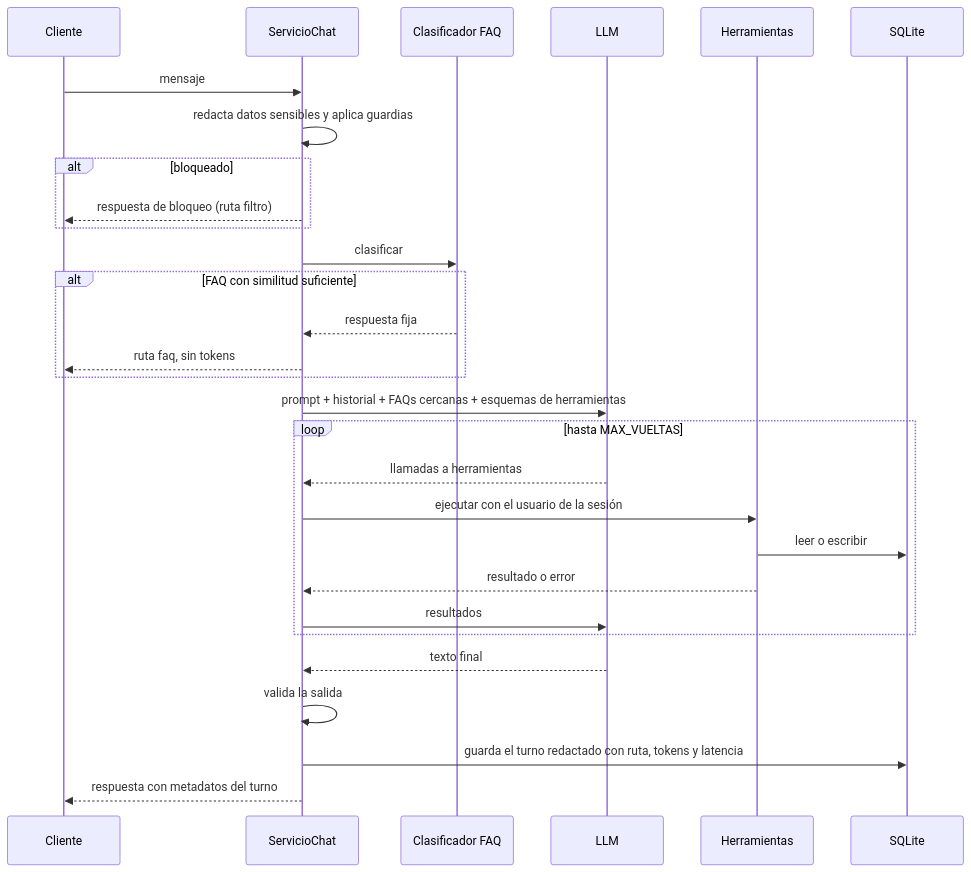
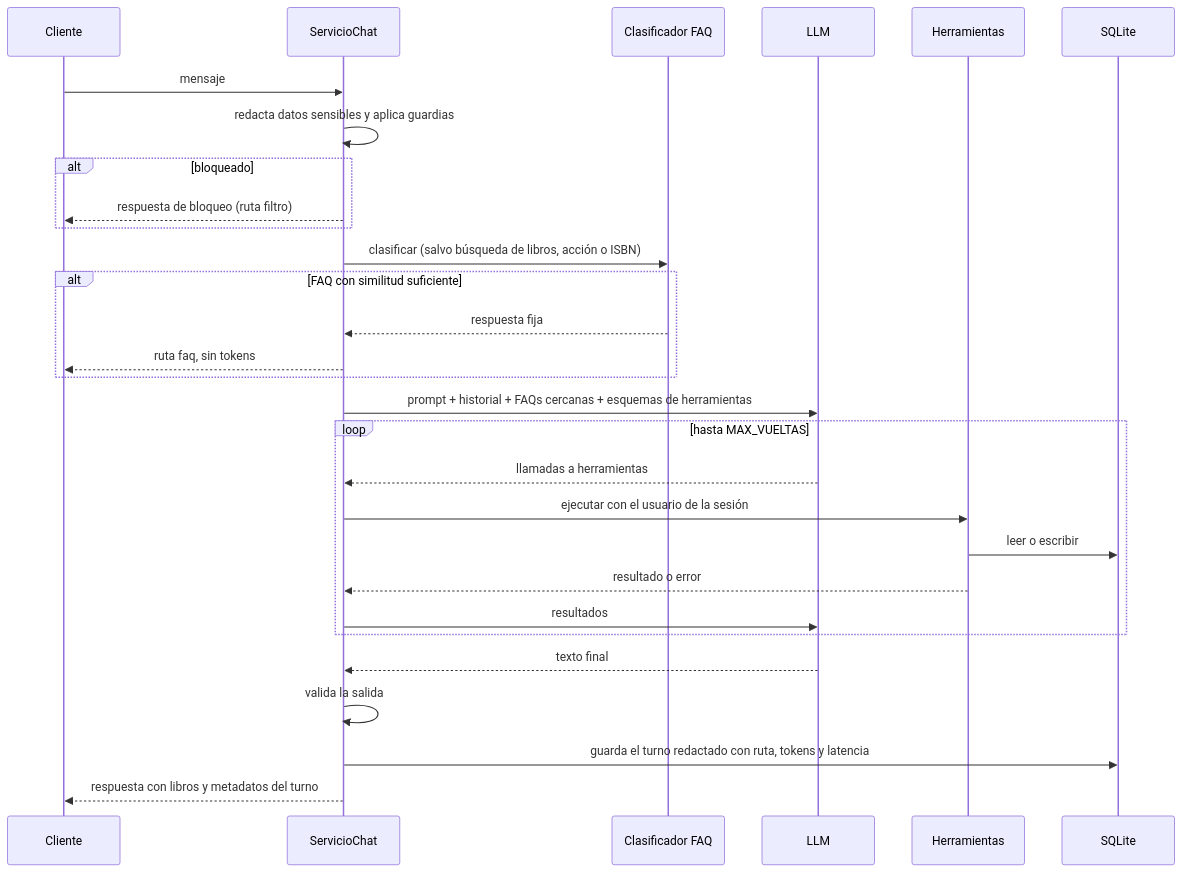
One commit to MechatronicCoder/chatbot-llm-rag changed the second of 4 diagrams in docs/arquitectura.md. Above: the diagram before and after it, drawn with Mermaid. The commit also changed other lines of this file and 76 other files, not shown here.

````diff
--- a/docs/arquitectura.md
+++ b/docs/arquitectura.md
@@ -55,31 +79,31 @@
 ```mermaid
 sequenceDiagram
     participant C as Cliente
     participant S as ServicioChat
     participant Q as Clasificador FAQ
     participant L as LLM
     participant T as Herramientas
     participant D as SQLite
     C->>S: mensaje
     S->>S: redacta datos sensibles y aplica guardias
     alt bloqueado
         S-->>C: respuesta de bloqueo (ruta filtro)
     end
-    S->>Q: clasificar
+    S->>Q: clasificar (salvo búsqueda de libros, acción o ISBN)
     alt FAQ con similitud suficiente
         Q-->>S: respuesta fija
         S-->>C: ruta faq, sin tokens
     end
     S->>L: prompt + historial + FAQs cercanas + esquemas de herramientas
     loop hasta MAX_VUELTAS
         L-->>S: llamadas a herramientas
         S->>T: ejecutar con el usuario de la sesión
         T->>D: leer o escribir
         T-->>S: resultado o error
         S->>L: resultados
     end
     L-->>S: texto final
     S->>S: valida la salida
     S->>D: guarda el turno redactado con ruta, tokens y latencia
-    S-->>C: respuesta con metadatos del turno
+    S-->>C: respuesta con libros y metadatos del turno
 ```
````
